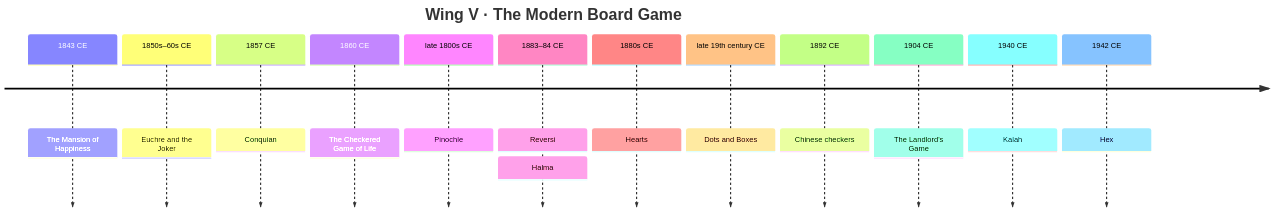
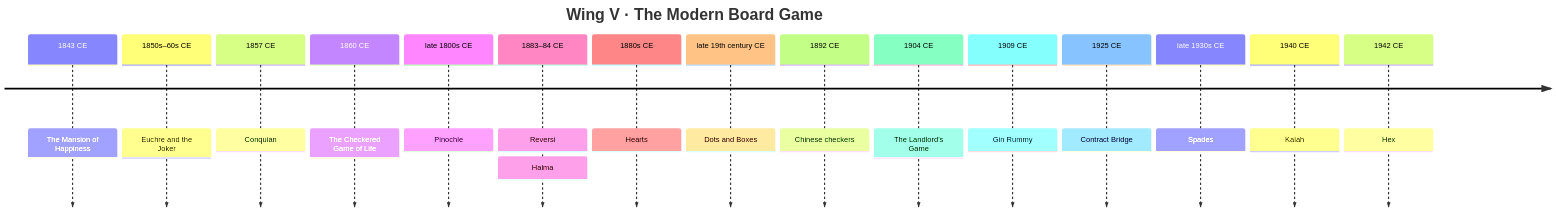
Before and after one commit to CptNope/Librarium-Archives: the seventh of 8 diagrams in docs/exhibits.md, drawn with Mermaid. The commit also changed other lines of this file and 43 other files, not shown here.

First line of the commit message:
0.39.0: the card room, part six: Écarté, Gin Rummy, Contract Bridge and Spades

````diff
--- a/docs/exhibits.md
+++ b/docs/exhibits.md
@@ -228,16 +231,19 @@
 ```mermaid
 timeline
     title Wing V · The Modern Board Game
     1843 CE : The Mansion of Happiness
     1850s–60s CE : Euchre and the Joker
     1857 CE : Conquian
     1860 CE : The Checkered Game of Life
     late 1800s CE : Pinochle
     1883–84 CE : Reversi : Halma
     1880s CE : Hearts
     late 19th century CE : Dots and Boxes
     1892 CE : Chinese checkers
     1904 CE : The Landlord's Game
+    1909 CE : Gin Rummy
+    1925 CE : Contract Bridge
+    late 1930s CE : Spades
     1940 CE : Kalah
     1942 CE : Hex
 ```
````
